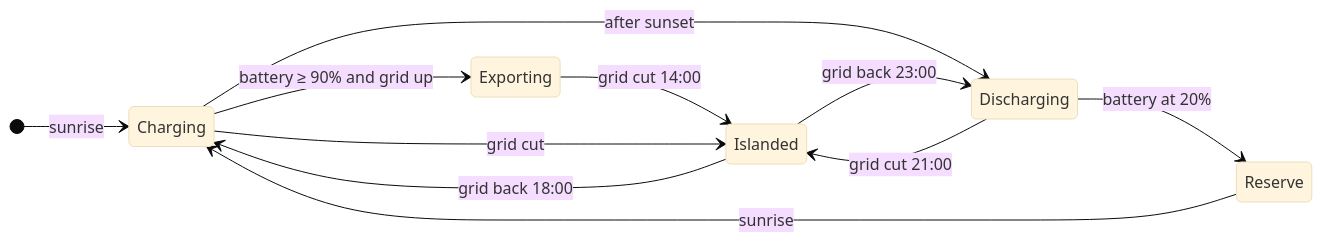
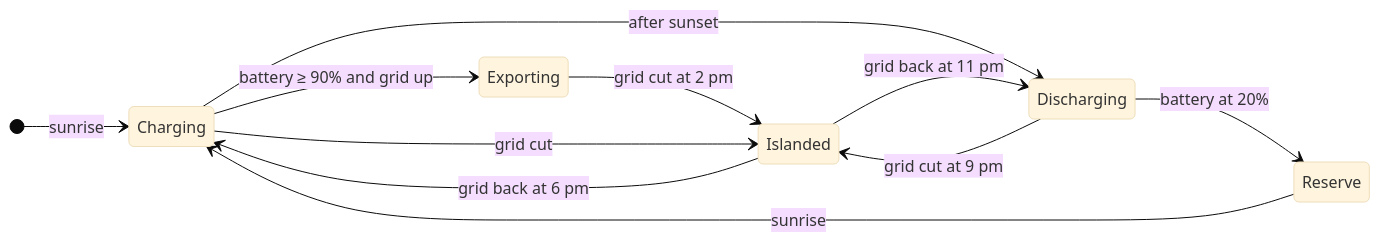
Before and after one commit to Roushan-2104/Urasicous-Clean-Tech: the fourth of 8 diagrams in README.md, drawn with Mermaid (base theme).

Commit message:
Fix state diagram labels in README

````diff
--- a/README.md
+++ b/README.md
@@ -160,14 +160,14 @@
 ```mermaid
 stateDiagram-v2
     direction LR
     [*] --> Charging: sunrise
     Charging --> Exporting: battery ≥ 90% and grid up
-    Exporting --> Islanded: grid cut 14:00
+    Exporting --> Islanded: grid cut at 2 pm
     Charging --> Islanded: grid cut
-    Islanded --> Charging: grid back 18:00
+    Islanded --> Charging: grid back at 6 pm
     Charging --> Discharging: after sunset
-    Discharging --> Islanded: grid cut 21:00
-    Islanded --> Discharging: grid back 23:00
+    Discharging --> Islanded: grid cut at 9 pm
+    Islanded --> Discharging: grid back at 11 pm
     Discharging --> Reserve: battery at 20%
     Reserve --> Charging: sunrise
 ```
````
